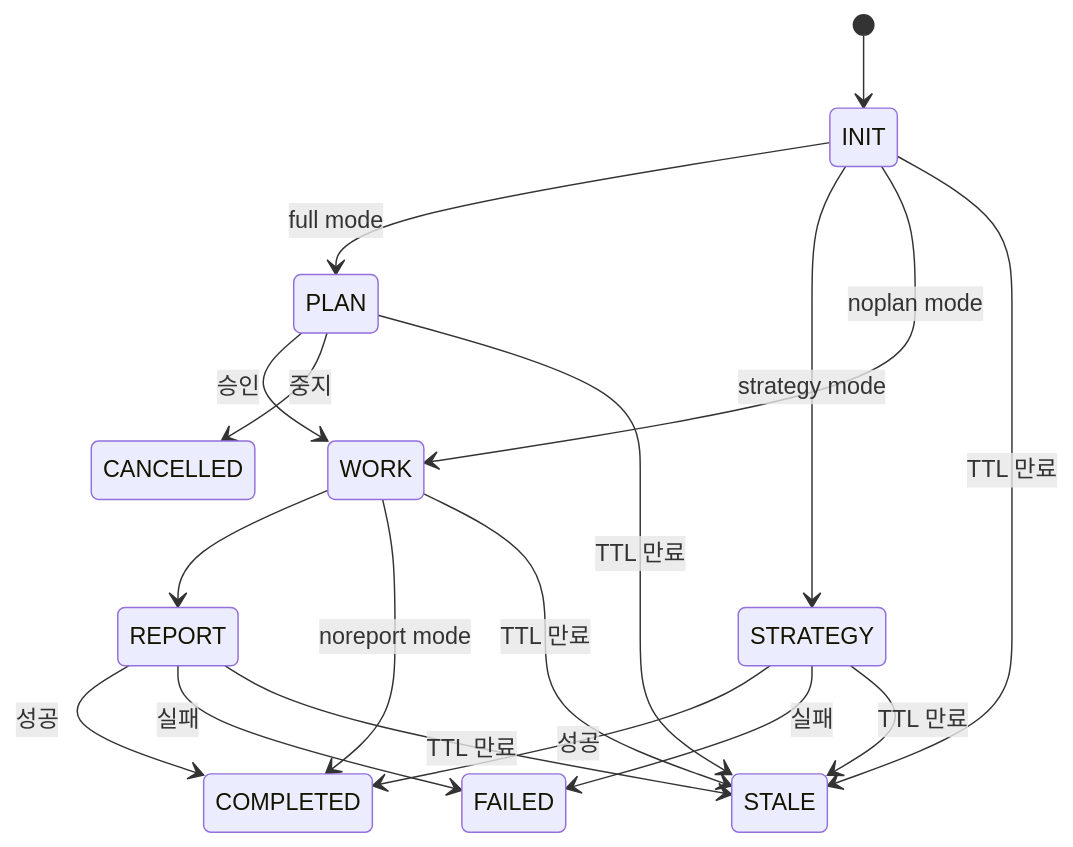
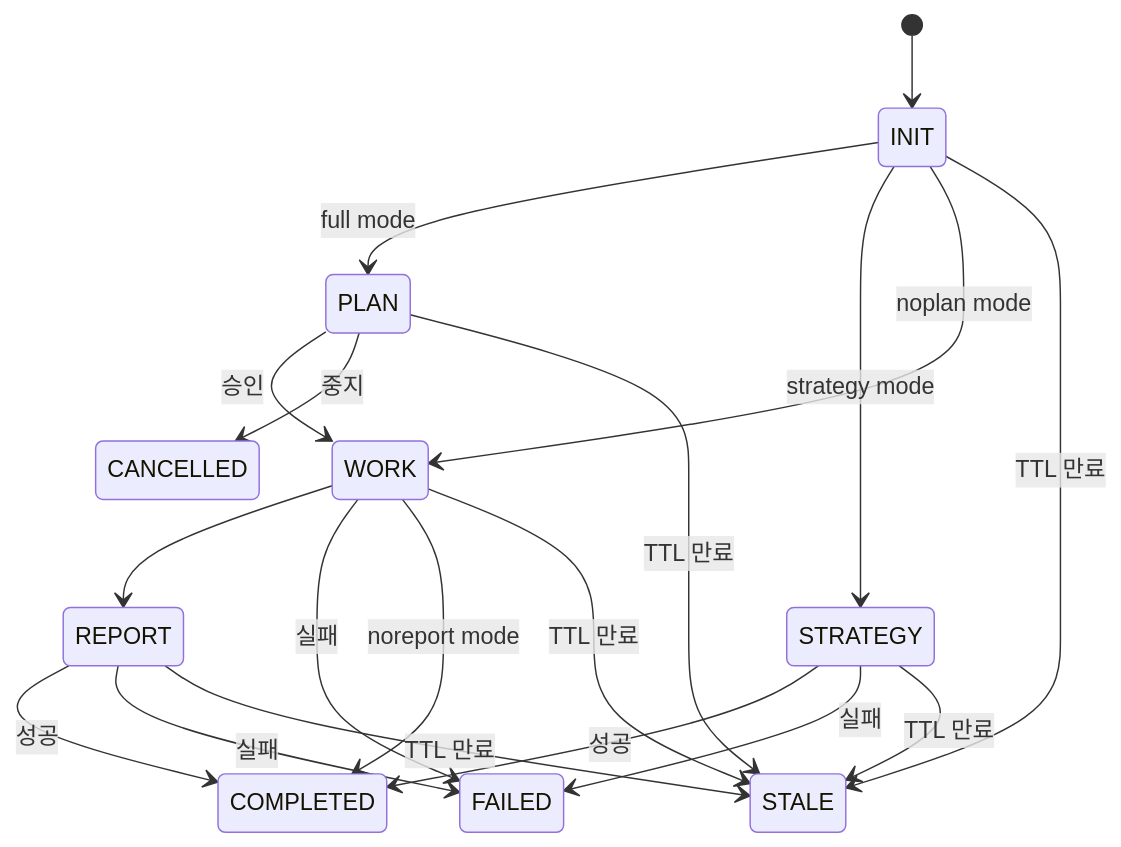
One commit to KoreanLeeChangHyun/claude-workflow changed the diagram in .claude/skills/workflow-agent-orchestration/SKILL.md. Above: the diagram before and after it, drawn with Mermaid. The commit also changed 7 other files, not shown here.

Commit message:
feat: 워크플로우 FSM 확장 및 에이전트 권한/상태 관리 보완

````diff
--- a/.claude/skills/workflow-agent-orchestration/SKILL.md
+++ b/.claude/skills/workflow-agent-orchestration/SKILL.md
@@ -14,20 +14,21 @@
 ```mermaid
 stateDiagram-v2
     [*] --> INIT
     INIT --> PLAN: full mode
     INIT --> STRATEGY: strategy mode
     INIT --> WORK: noplan mode
     PLAN --> WORK: 승인
     PLAN --> CANCELLED: 중지
     WORK --> REPORT
+    WORK --> FAILED: 실패
     WORK --> COMPLETED: noreport mode
     REPORT --> COMPLETED: 성공
     REPORT --> FAILED: 실패
     STRATEGY --> COMPLETED: 성공
     STRATEGY --> FAILED: 실패
     STRATEGY --> STALE: TTL 만료
     INIT --> STALE: TTL 만료
     PLAN --> STALE: TTL 만료
     WORK --> STALE: TTL 만료
     REPORT --> STALE: TTL 만료
 ```
````
